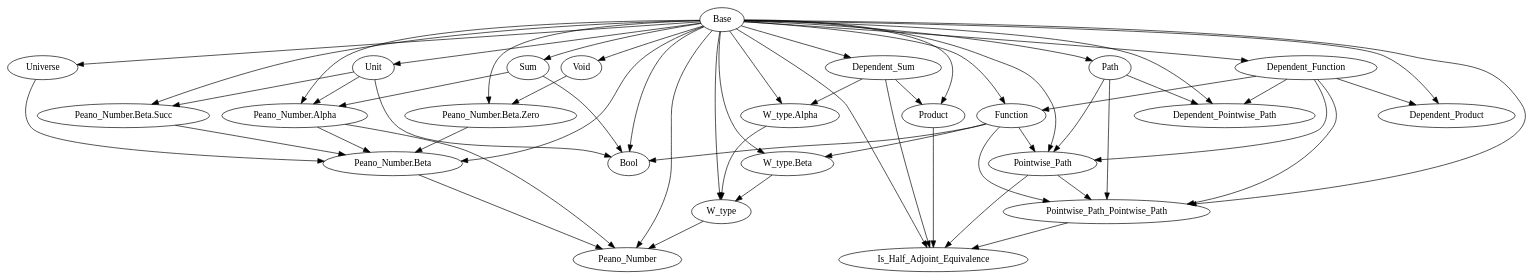
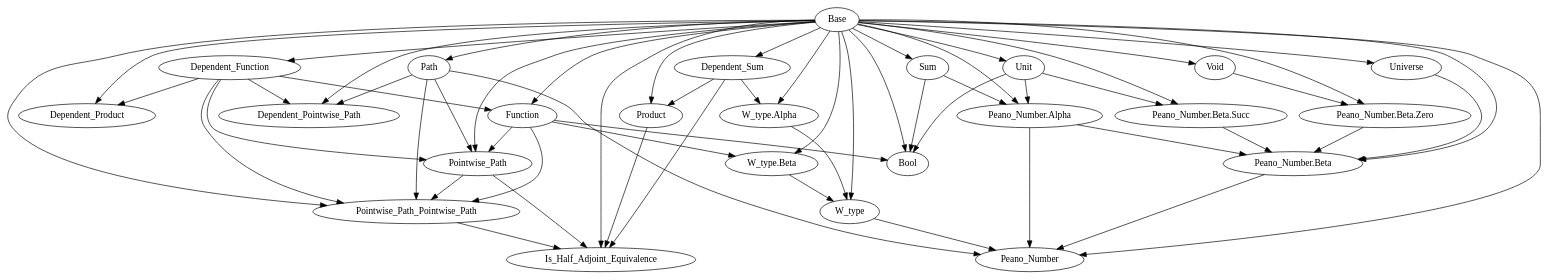
One commit to Hexirp/googology-in-coq changed the diagram in libraries/dependencies.gv. Above: the diagram before and after it, drawn with Graphviz. The commit also changed 1 other file, not shown here.

Commit message:
Fix: Peano_Number を
Path.trpt を使うために。

```diff
--- a/libraries/dependencies.gv
+++ b/libraries/dependencies.gv
@@ -1,83 +1,84 @@
 digraph Dependencies {
   # Base
   # Dependent_Function
   "Base" -> "Dependent_Function";
   # Function
   "Base" -> "Function";
   "Dependent_Function" -> "Function";
   # Dependent_Product
   "Base" -> "Dependent_Product";
   "Dependent_Function" -> "Dependent_Product";
   # Dependent_Sum
   "Base" -> "Dependent_Sum";
   # Product
   "Base" -> "Product";
   "Dependent_Sum" -> "Product";
   # Sum
   "Base" -> "Sum";
   # Unit
   "Base" -> "Unit";
   # Void
   "Base" -> "Void";
   # W_type.Alpha
   "Base" -> "W_type.Alpha";
   "Dependent_Sum" -> "W_type.Alpha";
   # W_type.Beta
   "Base" -> "W_type.Beta";
   "Function" -> "W_type.Beta";
   # W_type
   "Base" -> "W_type";
   "W_type.Alpha" -> "W_type";
   "W_type.Beta" -> "W_type";
   # Universe
   "Base" -> "Universe";
   # Path
   "Base" -> "Path";
   # Dependent_Pointwise_Path
   "Base" -> "Dependent_Pointwise_Path";
   "Dependent_Function" -> "Dependent_Pointwise_Path";
   "Path" -> "Dependent_Pointwise_Path";
   # Pointwise_Path
   "Base" -> "Pointwise_Path";
   "Dependent_Function" -> "Pointwise_Path";
   "Function" -> "Pointwise_Path";
   "Path" -> "Pointwise_Path";
   # Pointwise_Path_Pointwise_Path
   "Base" -> "Pointwise_Path_Pointwise_Path";
   "Dependent_Function" -> "Pointwise_Path_Pointwise_Path";
   "Function" -> "Pointwise_Path_Pointwise_Path";
   "Path" -> "Pointwise_Path_Pointwise_Path";
   "Pointwise_Path" -> "Pointwise_Path_Pointwise_Path";
   # Is_Half_Adjoint_Equivalence
   "Base" -> "Is_Half_Adjoint_Equivalence";
   "Dependent_Sum" -> "Is_Half_Adjoint_Equivalence";
   "Product" -> "Is_Half_Adjoint_Equivalence";
   "Pointwise_Path" -> "Is_Half_Adjoint_Equivalence";
   "Pointwise_Path_Pointwise_Path" -> "Is_Half_Adjoint_Equivalence";
   # Bool
   "Base" -> "Bool";
   "Function" -> "Bool";
   "Sum" -> "Bool";
   "Unit" -> "Bool";
   # Peano_Number.Alpha
   "Base" -> "Peano_Number.Alpha";
   "Sum" -> "Peano_Number.Alpha";
   "Unit" -> "Peano_Number.Alpha";
   # Peano_Number.Beta.Zero
   "Base" -> "Peano_Number.Beta.Zero";
   "Void" -> "Peano_Number.Beta.Zero";
   # Peano_Number.Beta.Succ
   "Base" -> "Peano_Number.Beta.Succ";
   "Unit" -> "Peano_Number.Beta.Succ";
   # Peano_Number.Beta
   "Base" -> "Peano_Number.Beta";
   "Universe" -> "Peano_Number.Beta";
   "Peano_Number.Alpha" -> "Peano_Number.Beta";
   "Peano_Number.Beta.Zero" -> "Peano_Number.Beta";
   "Peano_Number.Beta.Succ" -> "Peano_Number.Beta";
   # Peano_Number
   "Base" -> "Peano_Number";
   "W_type" -> "Peano_Number";
+  "Path" -> "Peano_Number";
   "Peano_Number.Alpha" -> "Peano_Number";
   "Peano_Number.Beta" -> "Peano_Number";
 }
```
